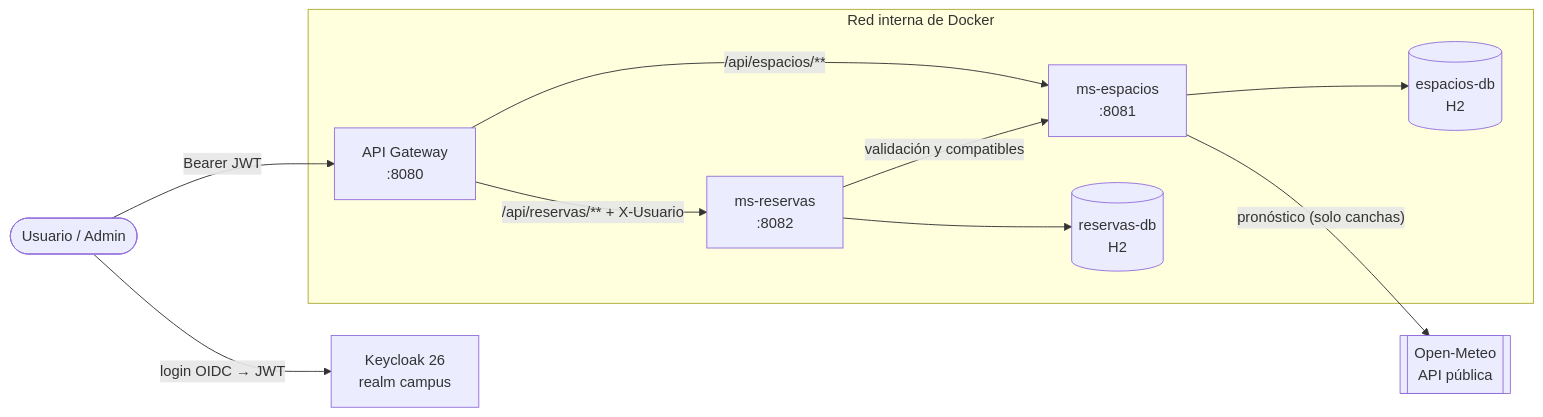
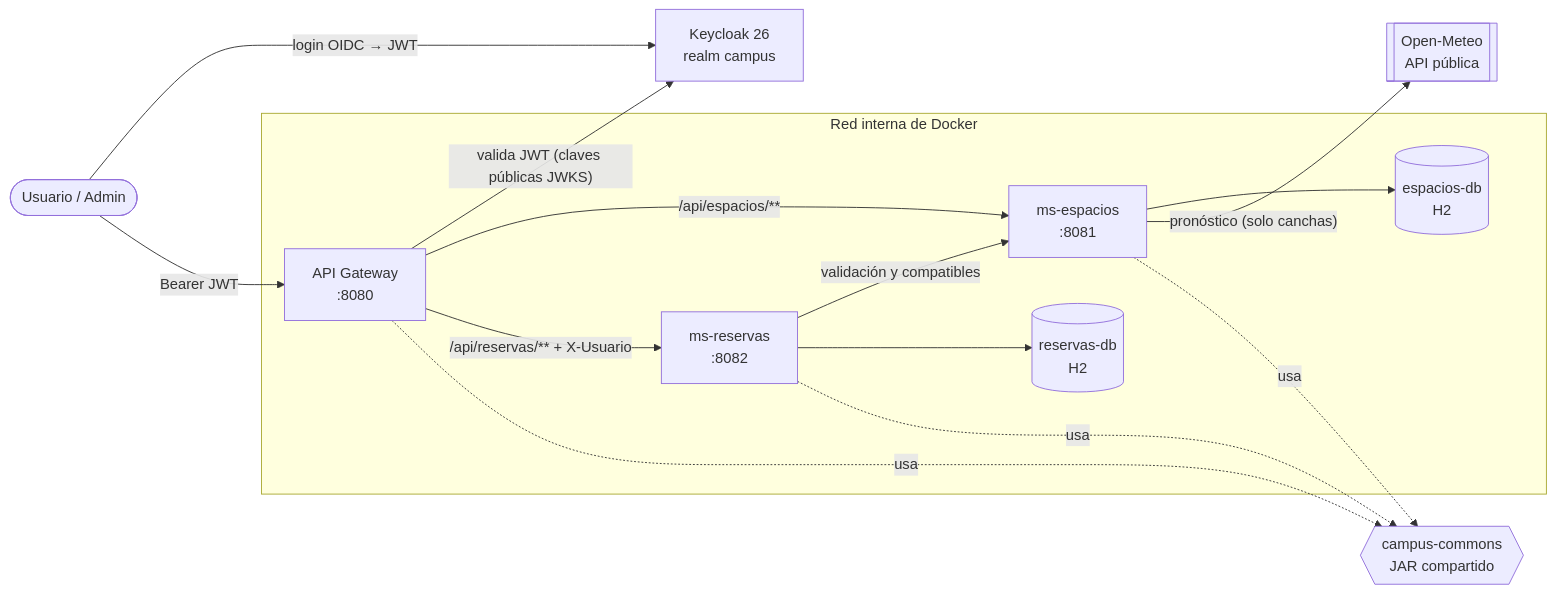
Before and after one commit to LucianoCipolla/TPI_BDA_UTNFRC: the third of 3 diagrams in README.md, drawn with Mermaid. The commit also changed other lines of this file, not shown here.

````diff
--- a/README.md
+++ b/README.md
@@ -130,28 +139,33 @@
 ```mermaid
 flowchart LR
     U([Usuario / Admin])
     KC[Keycloak 26<br/>realm campus]
     GW[API Gateway<br/>:8080]
     ME[ms-espacios<br/>:8081]
     MR[ms-reservas<br/>:8082]
     DBE[(espacios-db<br/>H2)]
     DBR[(reservas-db<br/>H2)]
     OM[[Open-Meteo<br/>API pública]]
+    CC{{campus-commons<br/>JAR compartido}}
 
     U -- "login OIDC → JWT" --> KC
     U -- "Bearer JWT" --> GW
+    GW -- "valida JWT (claves públicas JWKS)" --> KC
     GW -- "/api/espacios/**" --> ME
     GW -- "/api/reservas/** + X-Usuario" --> MR
     MR -- "validación y compatibles" --> ME
     ME --> DBE
     MR --> DBR
     ME -- "pronóstico (solo canchas)" --> OM
+    GW -. "usa" .-> CC
+    ME -. "usa" .-> CC
+    MR -. "usa" .-> CC
 
     subgraph Red interna de Docker
         GW
         ME
         MR
         DBE
         DBR
     end
 ```
````
